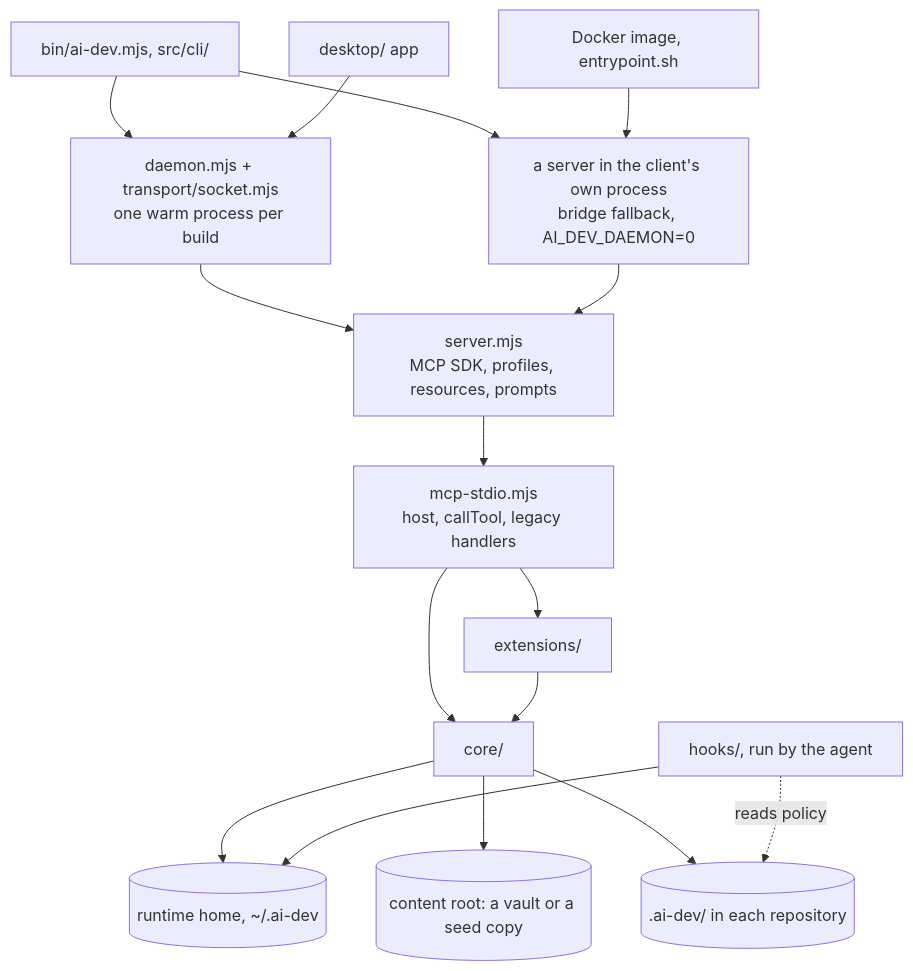
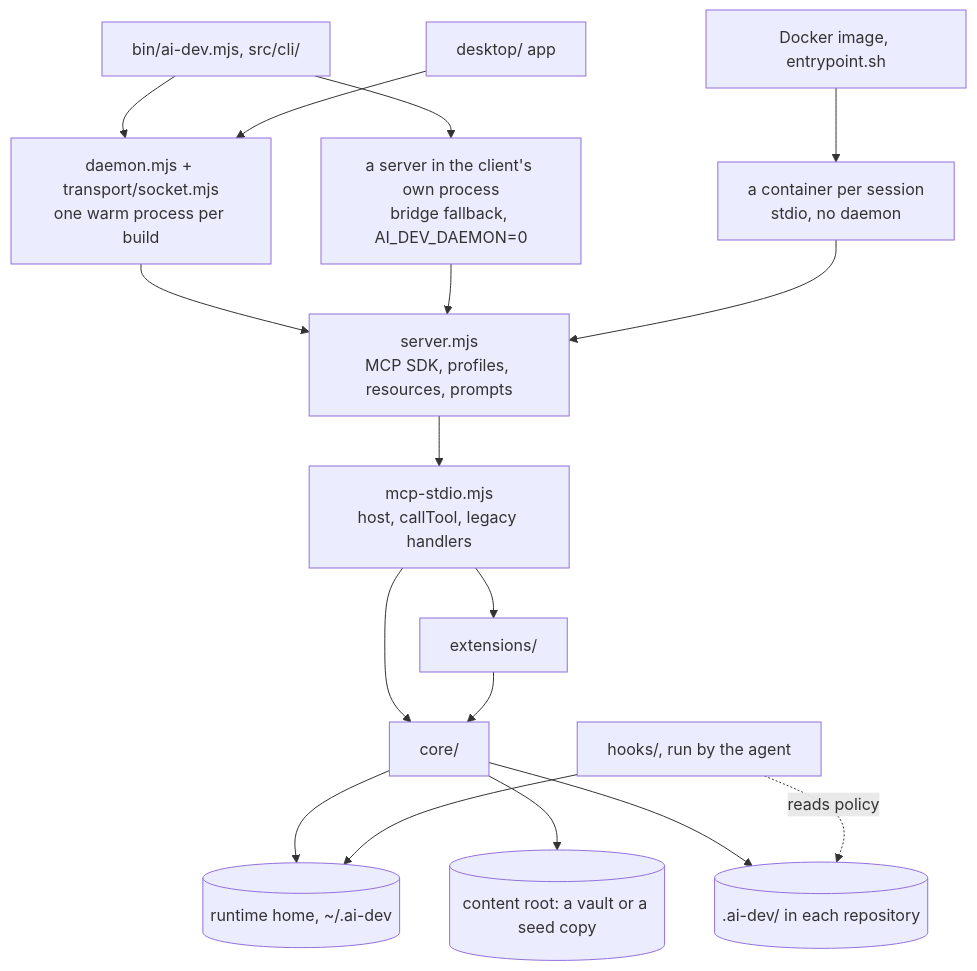
Before and after one commit to BreezeAreaSay/ai-dev-system: the first of 2 diagrams in ai-dev-mcp-server/docs/ARCHITECTURE.md, drawn with Mermaid. The commit also changed other lines of this file and 16 other files, not shown here.

````diff
--- a/ai-dev-mcp-server/docs/ARCHITECTURE.md
+++ b/ai-dev-mcp-server/docs/ARCHITECTURE.md
@@ -13,19 +13,20 @@
 ```mermaid
 flowchart TB
     cli["bin/ai-dev.mjs, src/cli/"] --> daemon["daemon.mjs + transport/socket.mjs<br/>one warm process per build"]
     app["desktop/ app"] --> daemon
     cli --> own["a server in the client's own process<br/>bridge fallback, AI_DEV_DAEMON=0"]
-    image["Docker image, entrypoint.sh"] --> own
+    image["Docker image, entrypoint.sh"] --> container["a container per session<br/>stdio, no daemon"]
     daemon --> server["server.mjs<br/>MCP SDK, profiles, resources, prompts"]
     own --> server
+    container --> server
     server --> facade["mcp-stdio.mjs<br/>host, callTool, legacy handlers"]
     facade --> ext["extensions/"]
     facade --> core["core/"]
     ext --> core
     home[("runtime home, ~/.ai-dev")]
     vault[("content root: a vault or a seed copy")]
     repo[(".ai-dev/ in each repository")]
     core --> home & vault & repo
     hooks["hooks/, run by the agent"] --> home
     hooks -.->|reads policy| repo
 ```
````
